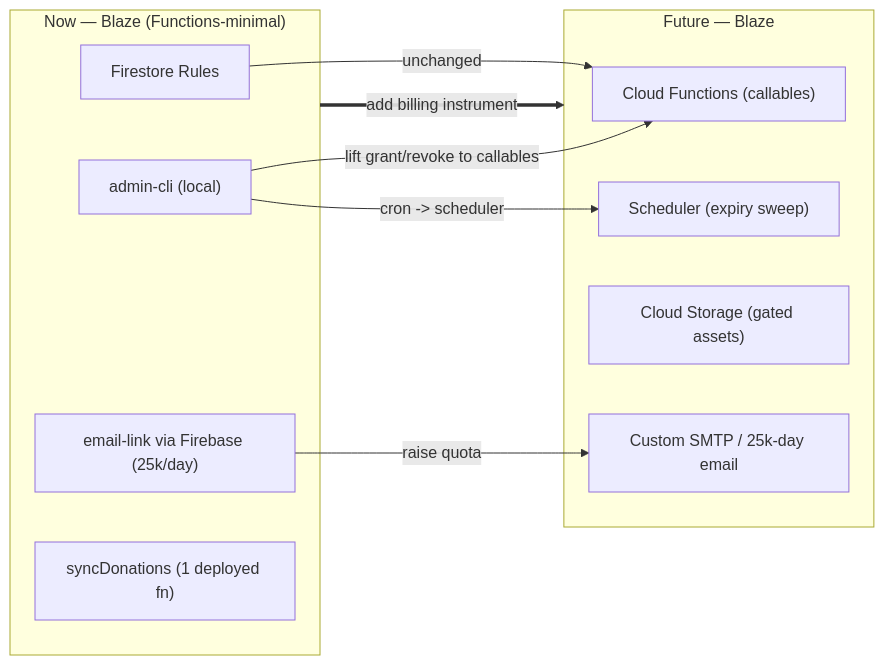
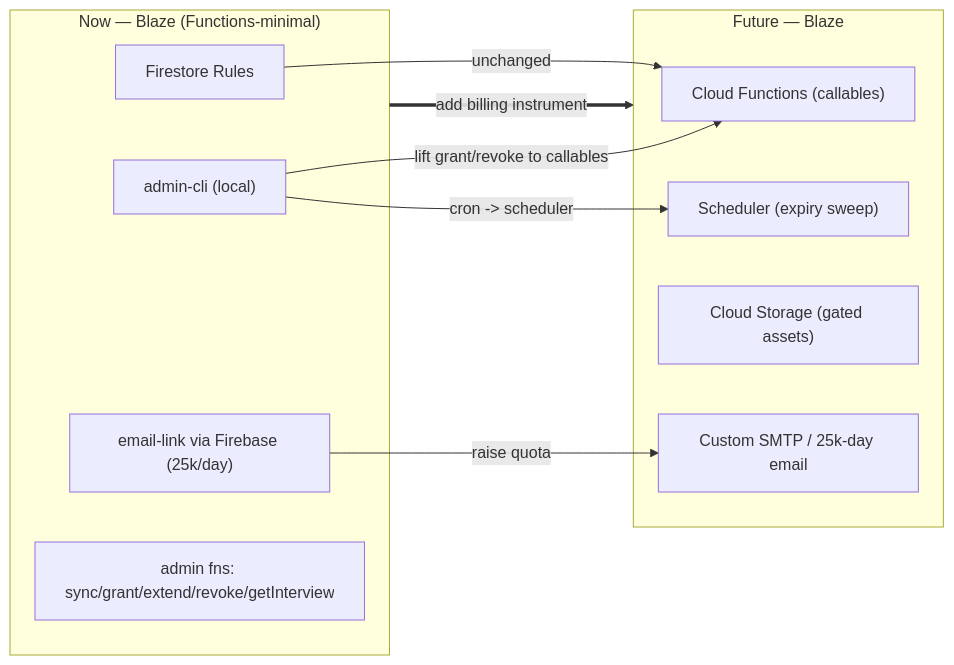
One commit to tccao/stem-career-path-ai-era changed the eighth of 8 diagrams in v3/docs/Architecture-V3.md. Above: the diagram before and after it, drawn with Mermaid. The commit also changed other lines of this file and 7 other files, not shown here.

First line of the commit message:
v3: hosted admin functions (grant/extend/revoke/getInterview) + Cal.com interview modal + campaign-name fix

````diff
--- a/v3/docs/Architecture-V3.md
+++ b/v3/docs/Architecture-V3.md
@@ -265,20 +266,20 @@
 ```mermaid
 flowchart LR
   subgraph now["Now — Blaze (Functions-minimal)"]
     r1["Firestore Rules"]
     c1["admin-cli (local)"]
     e1["email-link via Firebase (25k/day)"]
-    sd["syncDonations (1 deployed fn)"]
+    sd["admin fns: sync/grant/extend/revoke/getInterview"]
   end
   subgraph next["Future — Blaze"]
     fn["Cloud Functions (callables)"]
     sch["Scheduler (expiry sweep)"]
     st["Cloud Storage (gated assets)"]
     em["Custom SMTP / 25k-day email"]
   end
   c1 -->|"lift grant/revoke to callables"| fn
   r1 -->|"unchanged"| fn
   c1 -->|"cron -> scheduler"| sch
   e1 -->|"raise quota"| em
   now ==>|"add billing instrument"| next
 ```
````
